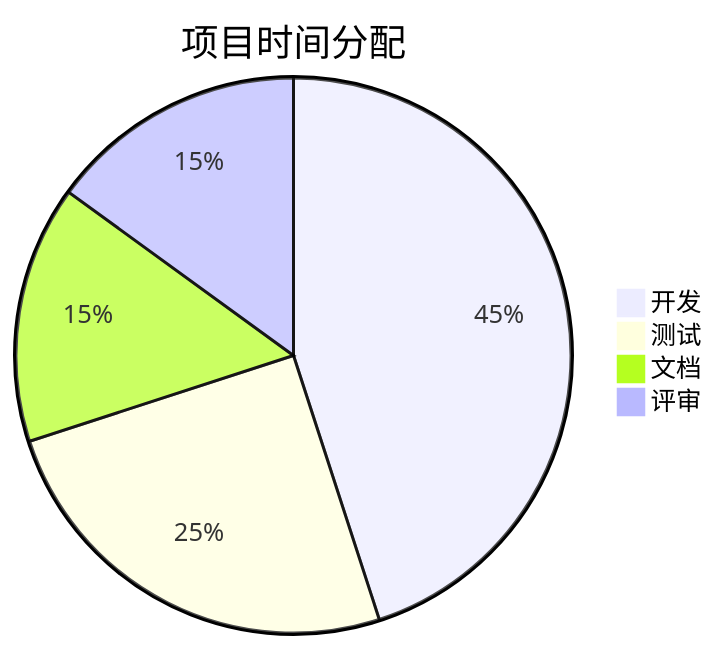
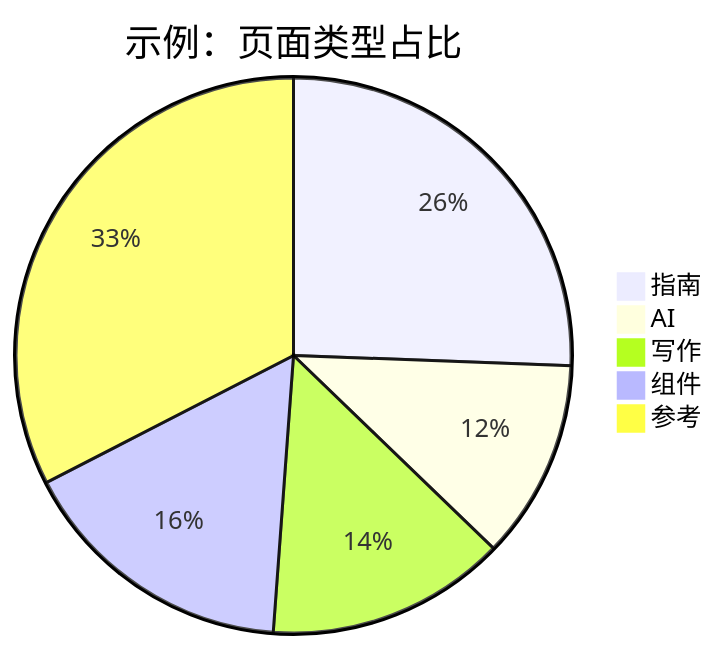
Before and after one commit to mhaibaraai/movk-nuxt-docs: the fifth of 7 diagrams in docs/content/docs/4.writing/5.mermaid.md, drawn with Mermaid. The commit also changed other lines of this file and 34 other files, not shown here.

````diff
--- a/docs/content/docs/4.writing/5.mermaid.md
+++ b/docs/content/docs/4.writing/5.mermaid.md
@@ -192,7 +164,8 @@
 ```mermaid
-pie title 项目时间分配
-    "开发" : 45
-    "测试" : 25
-    "文档" : 15
-    "评审" : 15
+pie title 示例：页面类型占比
+    "指南" : 11
+    "AI" : 5
+    "写作" : 6
+    "组件" : 7
+    "参考" : 14
 ```
````
